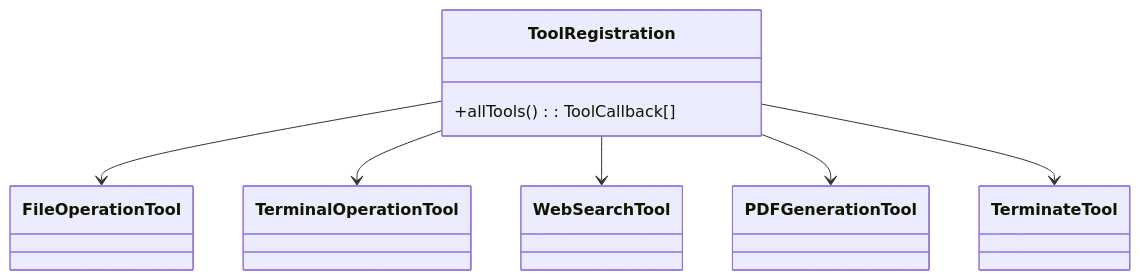
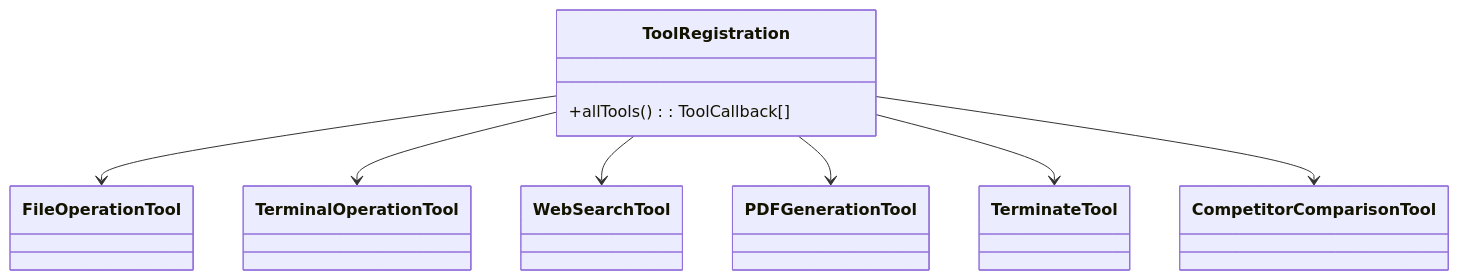
Before and after one commit to jiasongqi/qi-ai-agent: the eighth of 15 diagrams in .qoder/repowiki/zh/content/AI智能体系统/AI智能体系统.md, drawn with Mermaid. The commit also changed other lines of this file and 2 other files, not shown here.

````diff
--- a/.qoder/repowiki/zh/content/AI智能体系统/AI智能体系统.md
+++ b/.qoder/repowiki/zh/content/AI智能体系统/AI智能体系统.md
@@ -329,16 +366,18 @@
 ```mermaid
 classDiagram
 class ToolRegistration {
 +allTools() : ToolCallback[]
 }
 class FileOperationTool
 class TerminalOperationTool
 class WebSearchTool
 class PDFGenerationTool
 class TerminateTool
+class CompetitorComparisonTool
 ToolRegistration --> FileOperationTool
 ToolRegistration --> TerminalOperationTool
 ToolRegistration --> WebSearchTool
 ToolRegistration --> PDFGenerationTool
 ToolRegistration --> TerminateTool
+ToolRegistration --> CompetitorComparisonTool
 ```
````
